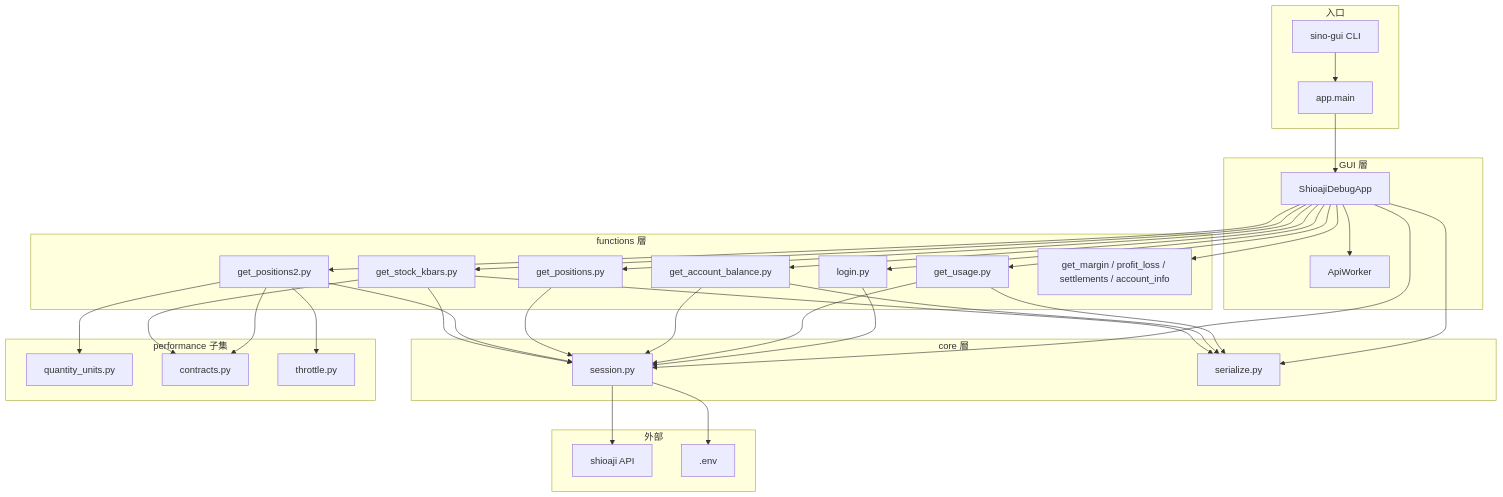
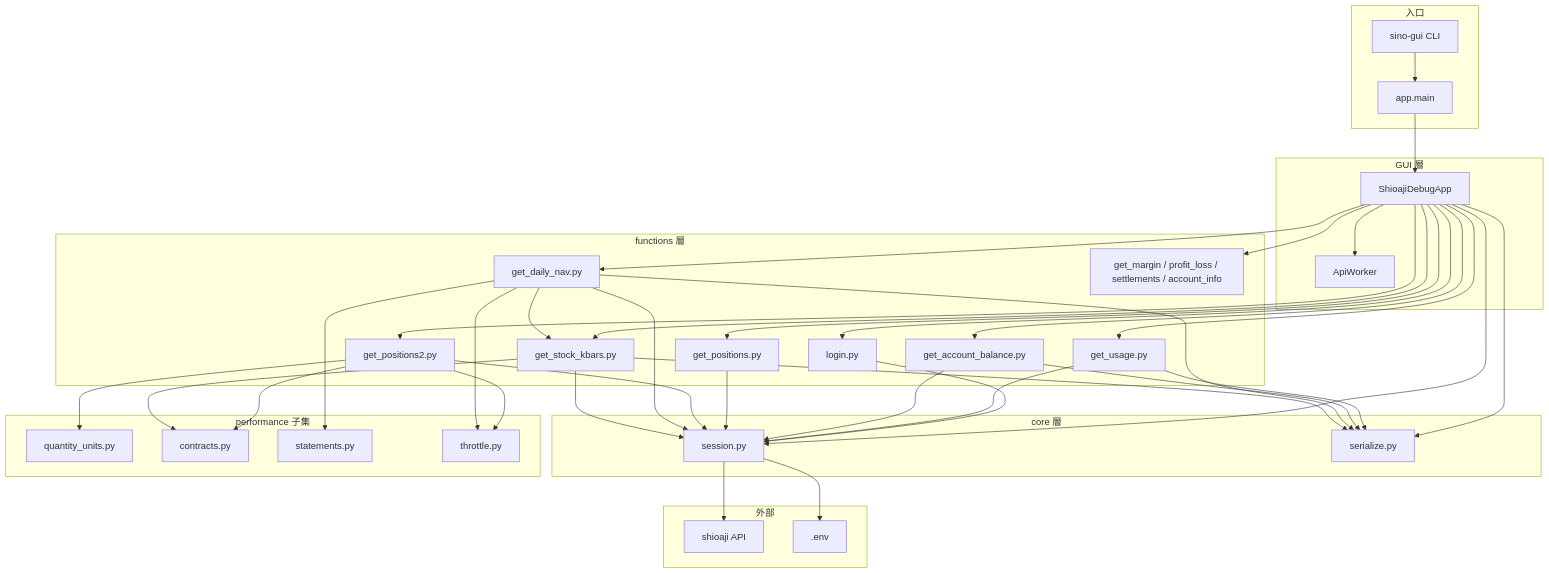
The first of 6 diagrams in docs/SINO_GUI_ARCHITECTURE.md (testtestProblem/sino_test_agent_cursor), drawn with Mermaid before and after one commit. The commit also changed other lines of this file and 9 other files, not shown here.

First line of the commit message:
Add Get Daily NAV from broker Excel exports and kbars closing prices.

````diff
--- a/docs/SINO_GUI_ARCHITECTURE.md
+++ b/docs/SINO_GUI_ARCHITECTURE.md
@@ -39,65 +40,73 @@
 ```mermaid
 flowchart TB
     subgraph entry [入口]
         CLI[sino-gui CLI]
         Main[app.main]
     end
 
     subgraph gui_layer [GUI 層]
         App[ShioajiDebugApp]
         Worker[ApiWorker]
     end
 
     subgraph func_layer [functions 層]
         Login[login.py]
         GetUsage[get_usage.py]
         GetBalance[get_account_balance.py]
         GetPos[get_positions.py]
         GetPos2[get_positions2.py]
+        GetDailyNav[get_daily_nav.py]
         GetKbars[get_stock_kbars.py]
         Others[get_margin / profit_loss / settlements / account_info]
     end
 
     subgraph core_layer [core 層]
         Session[session.py]
         Serialize[serialize.py]
     end
 
     subgraph perf_subset [performance 子集]
         Qty[quantity_units.py]
         Contracts[contracts.py]
+        Statements[statements.py]
         Throttle[throttle.py]
     end
 
     subgraph ext [外部]
         Shioaji[shioaji API]
         Env[.env]
     end
 
     CLI --> Main --> App
     App --> Worker
     App --> Login
     App --> GetUsage
     App --> GetBalance
     App --> GetPos
     App --> GetPos2
+    App --> GetDailyNav
     App --> GetKbars
     App --> Others
     App --> Session
     App --> Serialize
     Login --> Session
     GetUsage --> Session
     GetUsage --> Serialize
     GetBalance --> Session
     GetBalance --> Serialize
     GetPos --> Session
     GetPos2 --> Session
     GetPos2 --> Qty
     GetPos2 --> Contracts
     GetPos2 --> Throttle
+    GetDailyNav --> Session
+    GetDailyNav --> Serialize
+    GetDailyNav --> Statements
+    GetDailyNav --> GetKbars
+    GetDailyNav --> Throttle
     GetKbars --> Session
     GetKbars --> Contracts
     GetKbars --> Serialize
     Session --> Shioaji
     Session --> Env
 ```
````
